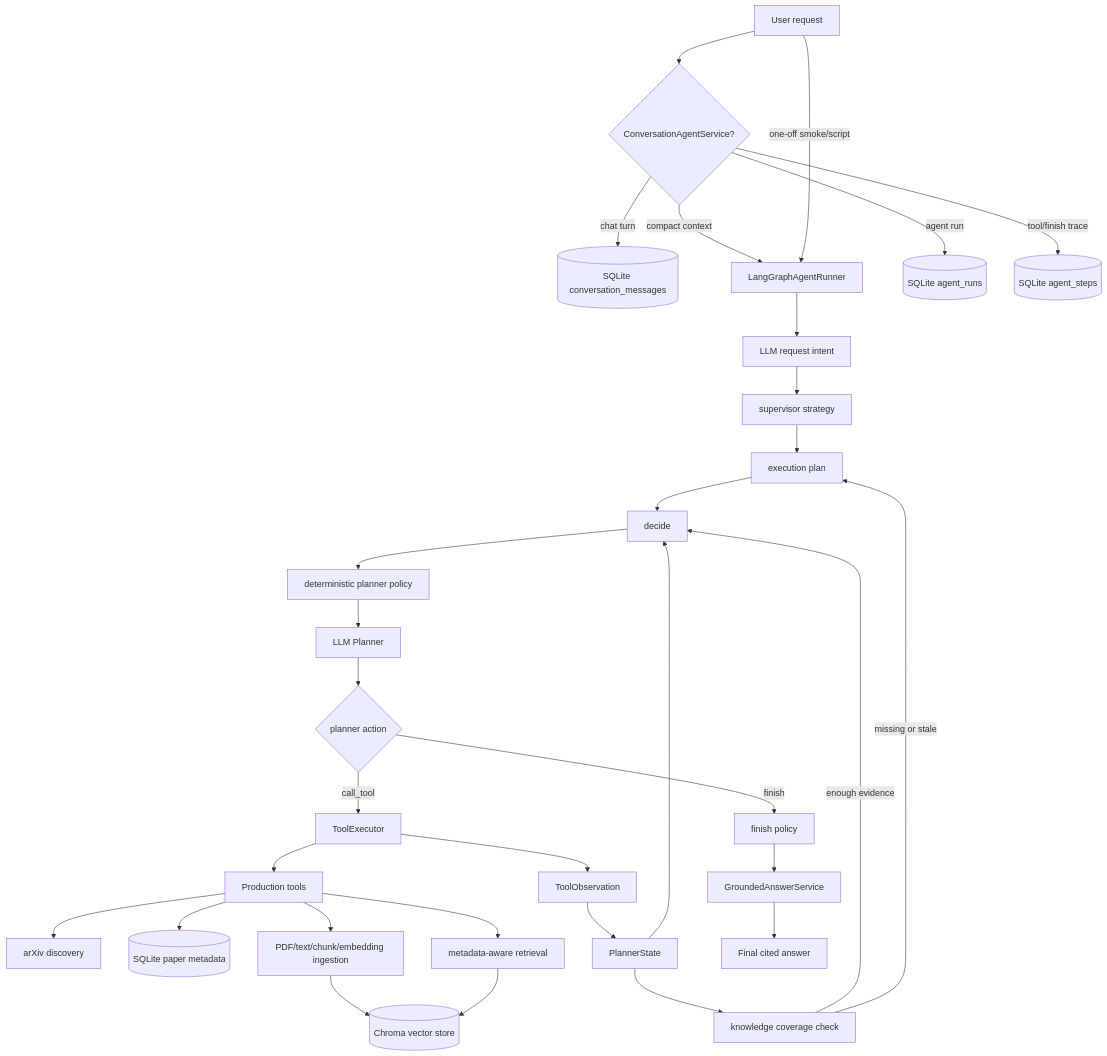
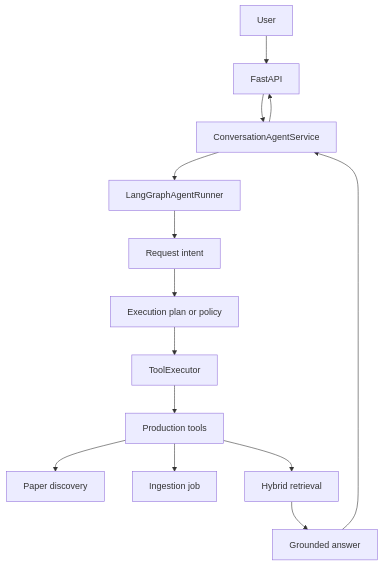
One commit to kdnehihi/agentic-AI-research-assistant changed the diagram in README.md. Above: the diagram before and after it, drawn with Mermaid. The commit also changed other lines of this file and 1 other file, not shown here.

````diff
--- a/README.md
+++ b/README.md
@@ -136,38 +114,16 @@
 ```mermaid
 flowchart TD
-    user[User request] --> service{ConversationAgentService?}
-    service -->|chat turn| messages[(SQLite conversation_messages)]
-    service -->|compact context| lg_runner[LangGraphAgentRunner]
-    user -->|one-off smoke/script| lg_runner
-
-    lg_runner --> intent[LLM request intent]
-    intent --> strategy[supervisor strategy]
-    strategy --> plan[execution plan]
-    plan --> decide[decide]
-    decide --> policy[deterministic planner policy]
-    policy --> planner[LLM Planner]
-    planner --> action{planner action}
-
-    action -->|call_tool| executor[ToolExecutor]
+    user[User] --> api[FastAPI]
+    api --> service[ConversationAgentService]
+    service --> runner[LangGraphAgentRunner]
+    runner --> intent[Request intent]
+    intent --> plan[Execution plan or policy]
+    plan --> executor[ToolExecutor]
     executor --> tools[Production tools]
-    tools --> arxiv[arXiv discovery]
-    tools --> kb[(SQLite paper metadata)]
-    tools --> ingest[PDF/text/chunk/embedding ingestion]
-    ingest --> vector[(Chroma vector store)]
-    tools --> retrieval[metadata-aware retrieval]
-    retrieval --> vector
-
-    executor --> observation[ToolObservation]
-    observation --> state[PlannerState]
-    state --> coverage[knowledge coverage check]
-    coverage -->|enough evidence| decide
-    coverage -->|missing or stale| plan
-    state --> decide
-
-    action -->|finish| finish[finish policy]
-    finish --> answer[GroundedAnswerService]
-    answer --> final[Final cited answer]
-
-    service -->|agent run| runs[(SQLite agent_runs)]
-    service -->|tool/finish trace| steps[(SQLite agent_steps)]
+    tools --> discovery[Paper discovery]
+    tools --> ingest[Ingestion job]
+    tools --> retrieval[Hybrid retrieval]
+    retrieval --> answer[Grounded answer]
+    answer --> service
+    service --> api
 ```
````
